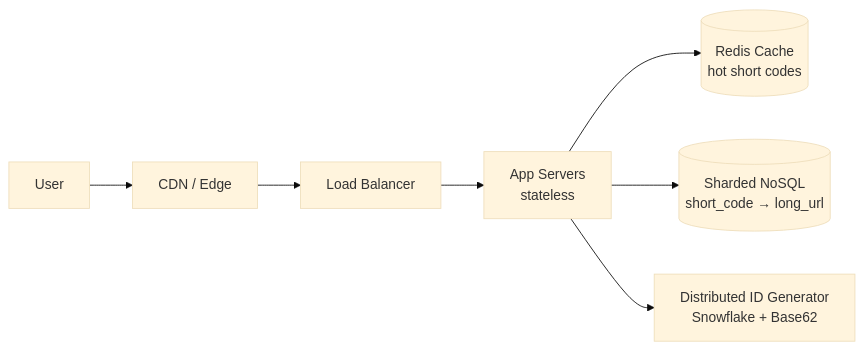
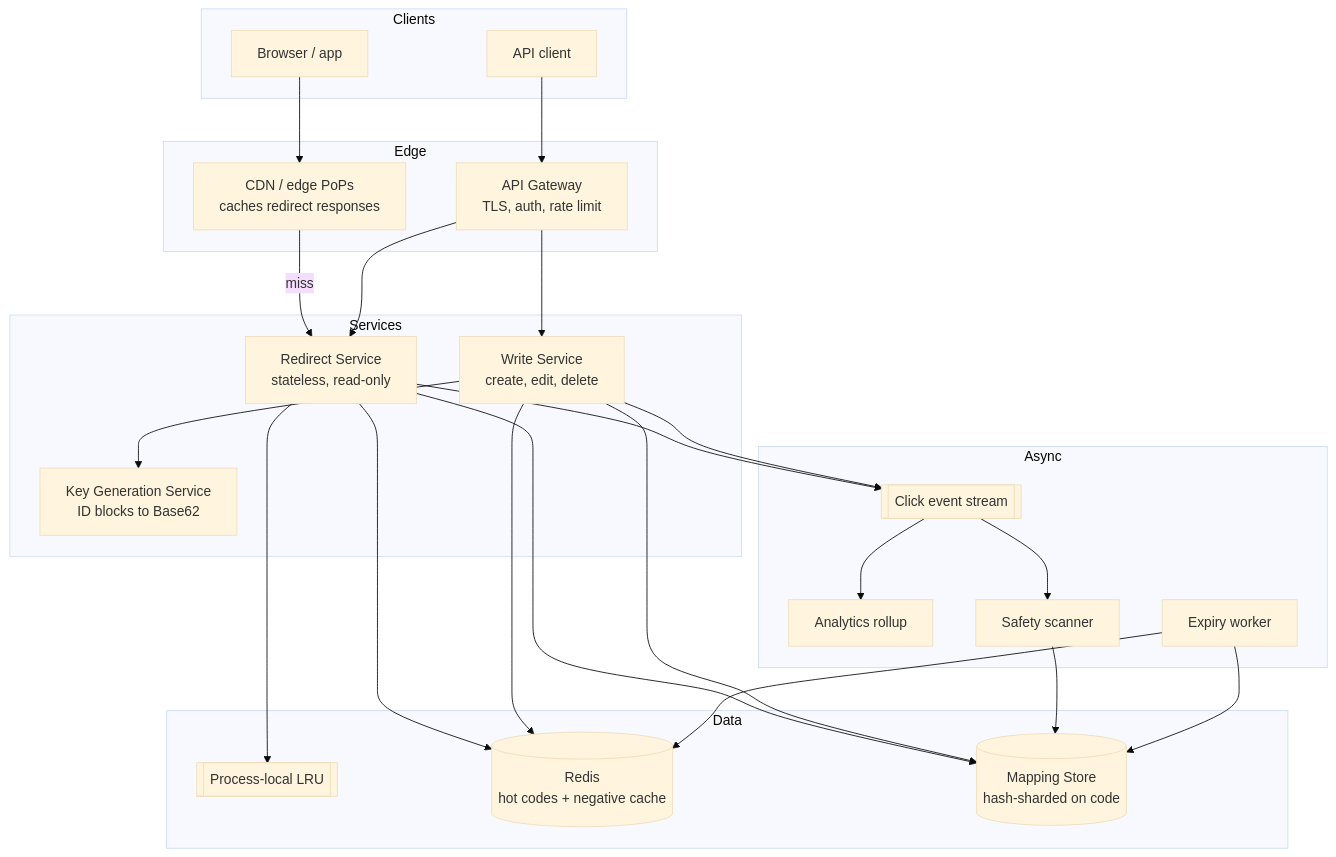
The fourth of 17 diagrams in docs/case-studies/001-url-shortener.md (sameeralam3127/system-design-365), drawn with Mermaid (base theme) before and after one commit. The commit also changed other lines of this file and 2 other files, not shown here.

Commit message:
Refactor code structure for improved readability and maintainability

````diff
--- a/docs/case-studies/001-url-shortener.md
+++ b/docs/case-studies/001-url-shortener.md
@@ -43,9 +270,50 @@
 ```mermaid
-flowchart LR
-  U[User] --> CDN[CDN / Edge]
-  CDN --> LB[Load Balancer]
-  LB --> APP[App Servers<br/>stateless]
-  APP --> RC[(Redis Cache<br/>hot short codes)]
-  APP --> DB[(Sharded NoSQL<br/>short_code → long_url)]
-  APP --> IDG[Distributed ID Generator<br/>Snowflake + Base62]
+flowchart TB
+  subgraph Clients
+    B[Browser / app]
+    D[API client]
+  end
+
+  subgraph Edge
+    CDN[CDN / edge PoPs<br/>caches redirect responses]
+    GW[API Gateway<br/>TLS, auth, rate limit]
+  end
+
+  subgraph Services
+    RS[Redirect Service<br/>stateless, read-only]
+    WS[Write Service<br/>create, edit, delete]
+    KGS[Key Generation Service<br/>ID blocks to Base62]
+  end
+
+  subgraph Data
+    L1[[Process-local LRU]]
+    RC[("Redis<br/>hot codes + negative cache")]
+    DB[("Mapping Store<br/>hash-sharded on code")]
+  end
+
+  subgraph Async
+    Q[[Click event stream]]
+    AG[Analytics rollup]
+    SC[Safety scanner]
+    GC[Expiry worker]
+  end
+
+  B --> CDN
+  D --> GW
+  CDN -->|miss| RS
+  GW --> WS
+  GW --> RS
+  RS --> L1
+  RS --> RC
+  RS --> DB
+  RS --> Q
+  WS --> KGS
+  WS --> DB
+  WS --> RC
+  WS --> Q
+  Q --> AG
+  Q --> SC
+  SC --> DB
+  GC --> DB
+  GC --> RC
 ```
````
